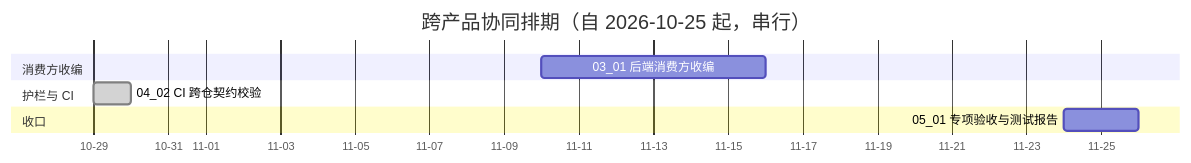
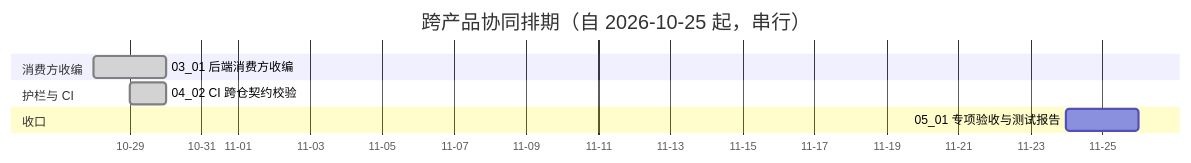
Before and after one commit to minjian123/basic-management-system: the diagram in bms文档/项目/07B_跨产品协同/计划/01_计划_跨产品协同.md, drawn with Mermaid. The commit also changed other lines of this file and 13 other files, not shown here.

````diff
--- a/bms文档/项目/07B_跨产品协同/计划/01_计划_跨产品协同.md
+++ b/bms文档/项目/07B_跨产品协同/计划/01_计划_跨产品协同.md
@@ -40,12 +40,12 @@
 ```mermaid
 gantt
     title 跨产品协同排期（自 2026-10-25 起，串行）
     dateFormat  YYYY-MM-DD
     axisFormat %m-%d
     section 消费方收编
-    03_01 后端消费方收编 :a0301, 2026-11-10, 6d
+    03_01 后端消费方收编 :done, a0301, 2026-10-28, 2d
     section 护栏与 CI
     04_02 CI 跨仓契约校验 :done, a0402, 2026-10-29, 1d
     section 收口
     05_01 专项验收与测试报告 :a0501, 2026-11-24, 2d
 ```
````
